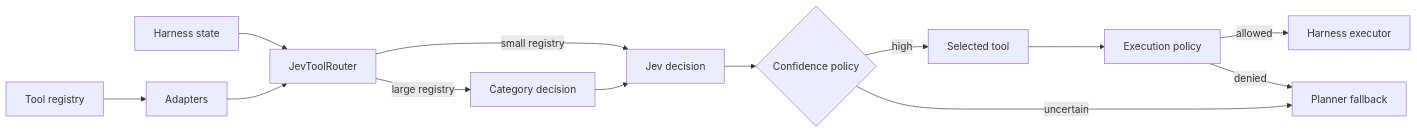
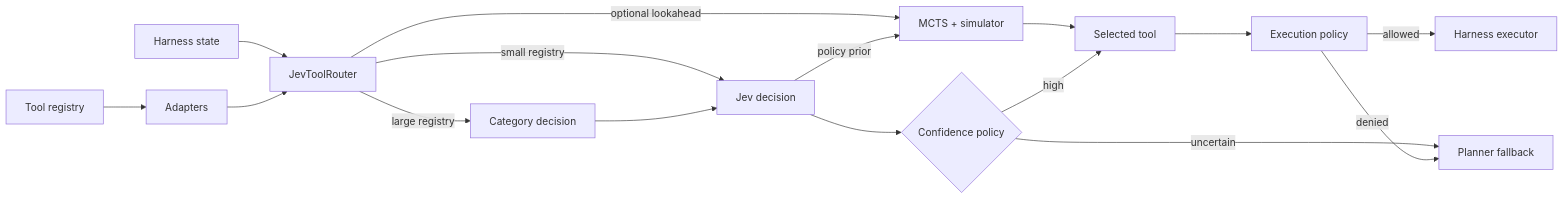
Before and after one commit to Protocol-Lattice/harness-router: the diagram in README.md, drawn with Mermaid. The commit also changed other lines of this file and 5 other files, not shown here.

```diff
--- a/README.md
+++ b/README.md
@@ -520,18 +612,21 @@
 ~~~mermaid
 flowchart LR
     A[Harness state] --> B[JevToolRouter]
     T[Tool registry] --> D[Adapters]
     D --> B
 
     B -->|small registry| J[Jev decision]
     B -->|large registry| C[Category decision]
     C --> J
+    B -->|optional lookahead| M[MCTS + simulator]
+    J -->|policy prior| M
 
     J --> P{Confidence policy}
+    M --> X
     P -->|high| X[Selected tool]
     P -->|uncertain| F[Planner fallback]
 
     X --> E[Execution policy]
     E -->|allowed| R[Harness executor]
     E -->|denied| F
 ~~~
```
